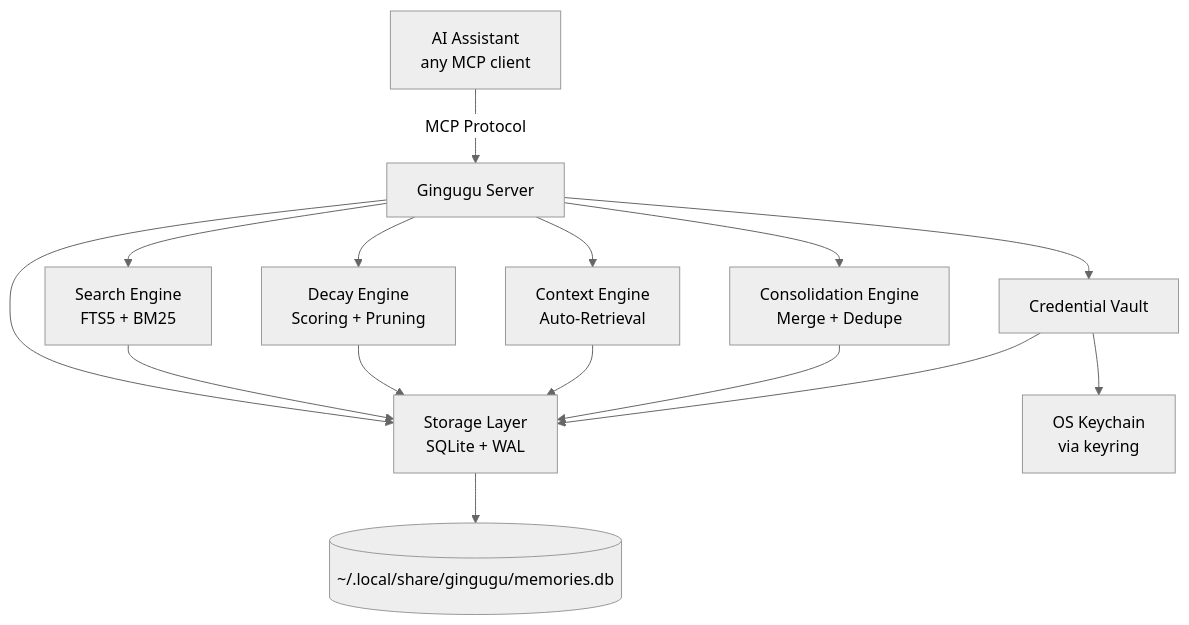
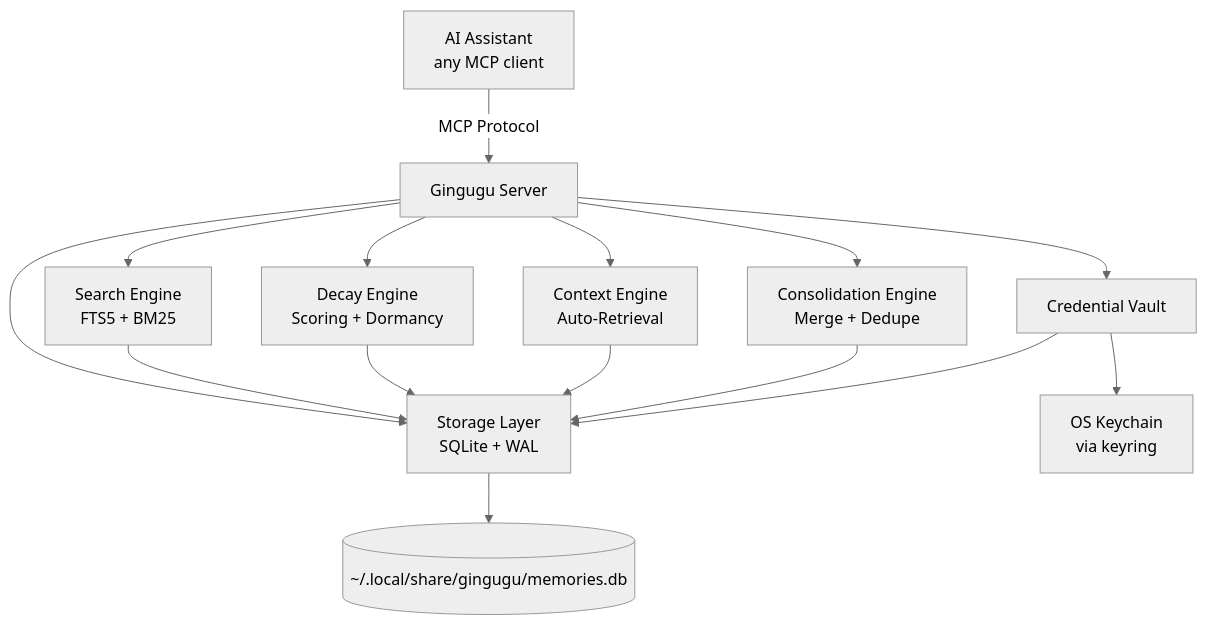
The diagram in README.md (gingugu/gingugu), drawn with Mermaid (neutral theme) before and after one commit. The commit also changed other lines of this file and 3 other files, not shown here.

````diff
--- a/README.md
+++ b/README.md
@@ -206,17 +186,17 @@
 ```mermaid
 graph TD
     A[AI Assistant<br/>any MCP client] -->|MCP Protocol| B[Gingugu Server]
     B --> C[Search Engine<br/>FTS5 + BM25]
     B --> D[Storage Layer<br/>SQLite + WAL]
-    B --> E[Decay Engine<br/>Scoring + Pruning]
+    B --> E[Decay Engine<br/>Scoring + Dormancy]
     B --> F[Context Engine<br/>Auto-Retrieval]
     B --> H[Consolidation Engine<br/>Merge + Dedupe]
     B --> K[Credential Vault]
     C --> D
     E --> D
     F --> D
     H --> D
     K --> D
     K --> J[OS Keychain<br/>via keyring]
     D --> G[(~/.local/share/gingugu/memories.db)]
 ```
````
